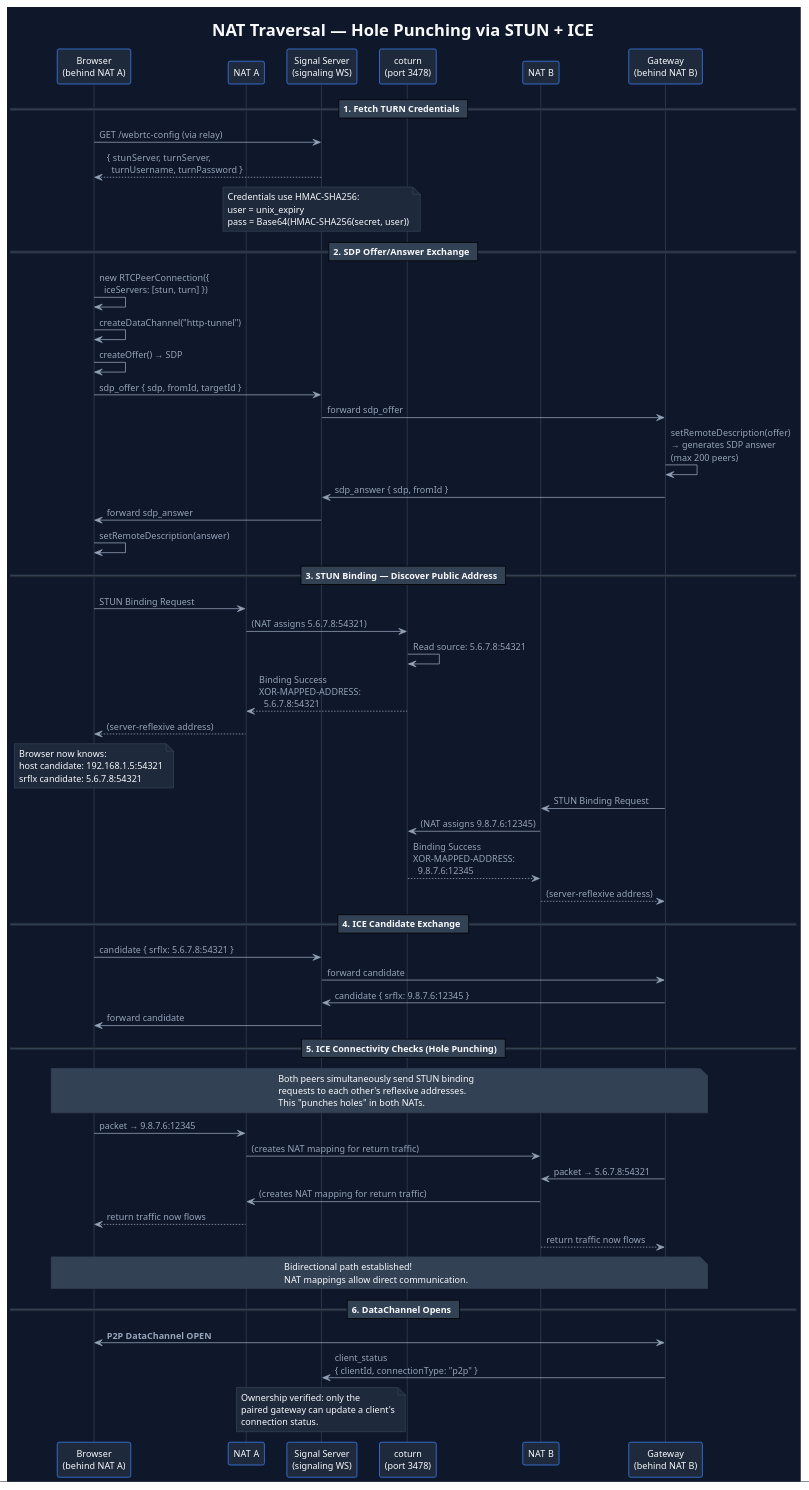
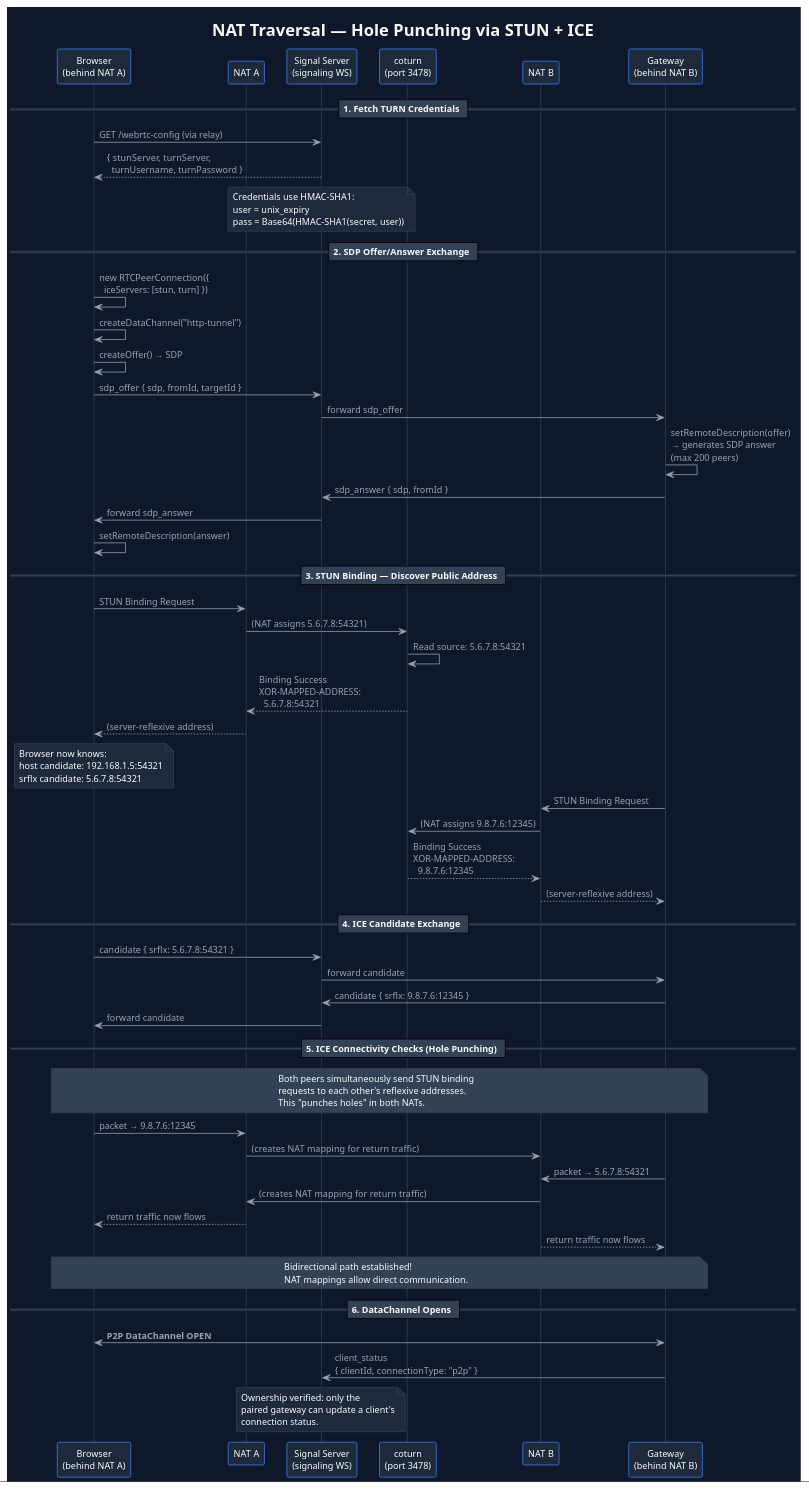
One commit to tide-foundation/keylessh-m2 changed the diagram in bridges/punchd-bridge/docs/diagrams/05-hole-punching.puml. Above: the diagram before and after it, drawn with PlantUML. The commit also changed 8 other files, not shown here.

```diff
--- a/bridges/punchd-bridge/docs/diagrams/05-hole-punching.puml
+++ b/bridges/punchd-bridge/docs/diagrams/05-hole-punching.puml
@@ -1,121 +1,121 @@
 @startuml hole-punching
 !theme plain
 title NAT Traversal — Hole Punching via STUN + ICE
 
 skinparam {
   backgroundColor #0f172a
   defaultFontColor #f8fafc
   defaultFontName "Segoe UI"
   defaultFontSize 12
   SequenceLifeLineBorderColor #334155
   SequenceLifeLineBackgroundColor #1e293b
   ParticipantBackgroundColor #1e293b
   ParticipantBorderColor #3b82f6
   ParticipantFontColor #f8fafc
   ArrowColor #94a3b8
   ArrowFontColor #94a3b8
   NoteBackgroundColor #1e293b
   NoteBorderColor #334155
   NoteFontColor #f8fafc
   SequenceGroupBackgroundColor #1e293b
   SequenceGroupBorderColor #334155
   SequenceDividerBackgroundColor #334155
   SequenceDividerFontColor #f8fafc
 }
 
 participant "Browser\n(behind NAT A)" as browser #1e293b
 participant "NAT A" as natA #1e293b
 participant "Signal Server\n(signaling WS)" as sig #1e293b
 participant "coturn\n(port 3478)" as stun #1e293b
 participant "NAT B" as natB #1e293b
 participant "Gateway\n(behind NAT B)" as gw #1e293b
 
 == 1. Fetch TURN Credentials ==
 
 browser -> sig : GET /webrtc-config (via relay)
 sig --> browser : { stunServer, turnServer,\n  turnUsername, turnPassword }
 
 note over sig
-  Credentials use HMAC-SHA256:
+  Credentials use HMAC-SHA1:
   user = unix_expiry
-  pass = Base64(HMAC-SHA256(secret, user))
+  pass = Base64(HMAC-SHA1(secret, user))
 end note
 
 == 2. SDP Offer/Answer Exchange ==
 
 browser -> browser : new RTCPeerConnection({\n  iceServers: [stun, turn] })
 browser -> browser : createDataChannel("http-tunnel")
 browser -> browser : createOffer() → SDP
 
 browser -> sig : sdp_offer { sdp, fromId, targetId }
 sig -> gw : forward sdp_offer
 
 gw -> gw : setRemoteDescription(offer)\n→ generates SDP answer\n(max 200 peers)
 
 gw -> sig : sdp_answer { sdp, fromId }
 sig -> browser : forward sdp_answer
 browser -> browser : setRemoteDescription(answer)
 
 == 3. STUN Binding — Discover Public Address ==
 
 browser -> natA : STUN Binding Request
 natA -> stun : (NAT assigns 5.6.7.8:54321)
 stun -> stun : Read source: 5.6.7.8:54321
 
 stun --> natA : Binding Success\nXOR-MAPPED-ADDRESS:\n  5.6.7.8:54321
 natA --> browser : (server-reflexive address)
 
 note over browser
   Browser now knows:
   host candidate: 192.168.1.5:54321
   srflx candidate: 5.6.7.8:54321
 end note
 
 gw -> natB : STUN Binding Request
 natB -> stun : (NAT assigns 9.8.7.6:12345)
 stun --> natB : Binding Success\nXOR-MAPPED-ADDRESS:\n  9.8.7.6:12345
 natB --> gw : (server-reflexive address)
 
 == 4. ICE Candidate Exchange ==
 
 browser -> sig : candidate { srflx: 5.6.7.8:54321 }
 sig -> gw : forward candidate
 
 gw -> sig : candidate { srflx: 9.8.7.6:12345 }
 sig -> browser : forward candidate
 
 == 5. ICE Connectivity Checks (Hole Punching) ==
 
 note over browser, gw #334155
   Both peers simultaneously send STUN binding
   requests to each other's reflexive addresses.
   This "punches holes" in both NATs.
 end note
 
 browser -> natA : packet → 9.8.7.6:12345
 natA -> natB : (creates NAT mapping for return traffic)
 
 gw -> natB : packet → 5.6.7.8:54321
 natB -> natA : (creates NAT mapping for return traffic)
 
 natA --> browser : return traffic now flows
 natB --> gw : return traffic now flows
 
 note over browser, gw #334155
   Bidirectional path established!
   NAT mappings allow direct communication.
 end note
 
 == 6. DataChannel Opens ==
 
 browser <-> gw : **P2P DataChannel OPEN**
 
 gw -> sig : client_status\n{ clientId, connectionType: "p2p" }
 
 note over sig
   Ownership verified: only the
   paired gateway can update a client's
   connection status.
 end note
 
 @enduml
```
